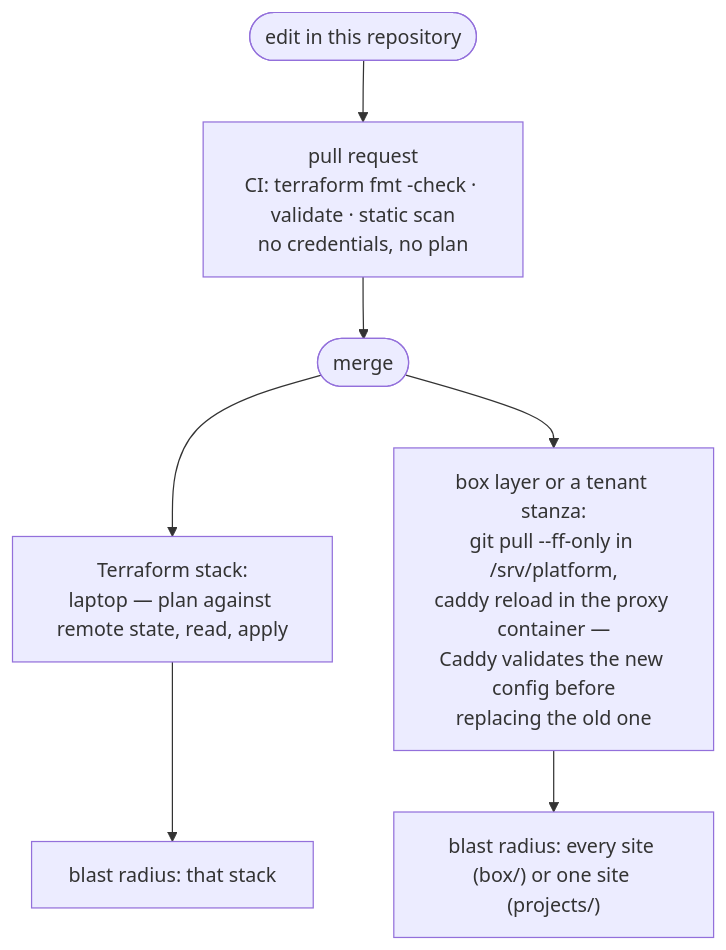
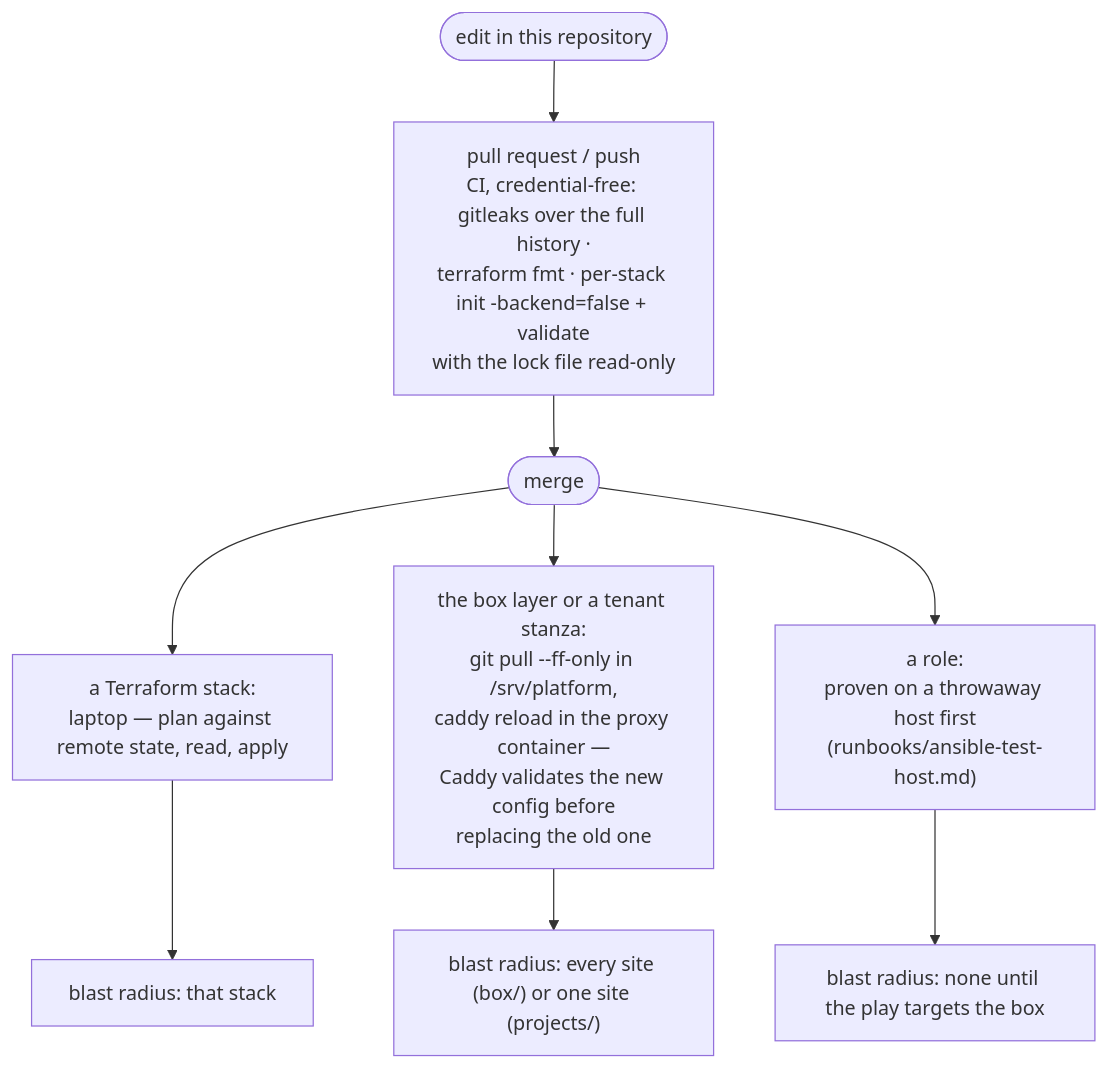
Before and after one commit to arda-basarici/platform: the third of 3 diagrams in ARCHITECTURE.md, drawn with Mermaid. The commit also changed other lines of this file and 10 other files, not shown here.

````diff
--- a/ARCHITECTURE.md
+++ b/ARCHITECTURE.md
@@ -118,17 +130,22 @@
 ```mermaid
 %%{init: {"flowchart": {"diagramPadding": 150}}}%%
 flowchart TD
-    EDIT([edit in this repository]) --> PR["`pull request
-    CI: terraform fmt -check · validate · static scan
-    no credentials, no plan`"]
+    EDIT([edit in this repository]) --> PR["`pull request / push
+    CI, credential-free: gitleaks over the full history ·
+    terraform fmt · per-stack init -backend=false + validate
+    with the lock file read-only`"]
     PR --> MERGE([merge])
-    MERGE --> TF["`Terraform stack:
+    MERGE --> TF["`a Terraform stack:
     laptop — plan against remote state, read, apply`"]
-    MERGE --> BOX["`box layer or a tenant stanza:
+    MERGE --> BOX["`the box layer or a tenant stanza:
     git pull --ff-only in /srv/platform,
     caddy reload in the proxy container —
     Caddy validates the new config before
     replacing the old one`"]
+    MERGE --> ANS["`a role:
+    proven on a throwaway host first
+    (runbooks/ansible-test-host.md)`"]
     TF --> R1["blast radius: that stack"]
     BOX --> R2["blast radius: every site (box/) or one site (projects/)"]
+    ANS --> R3["blast radius: none until the play targets the box"]
 ```
````
